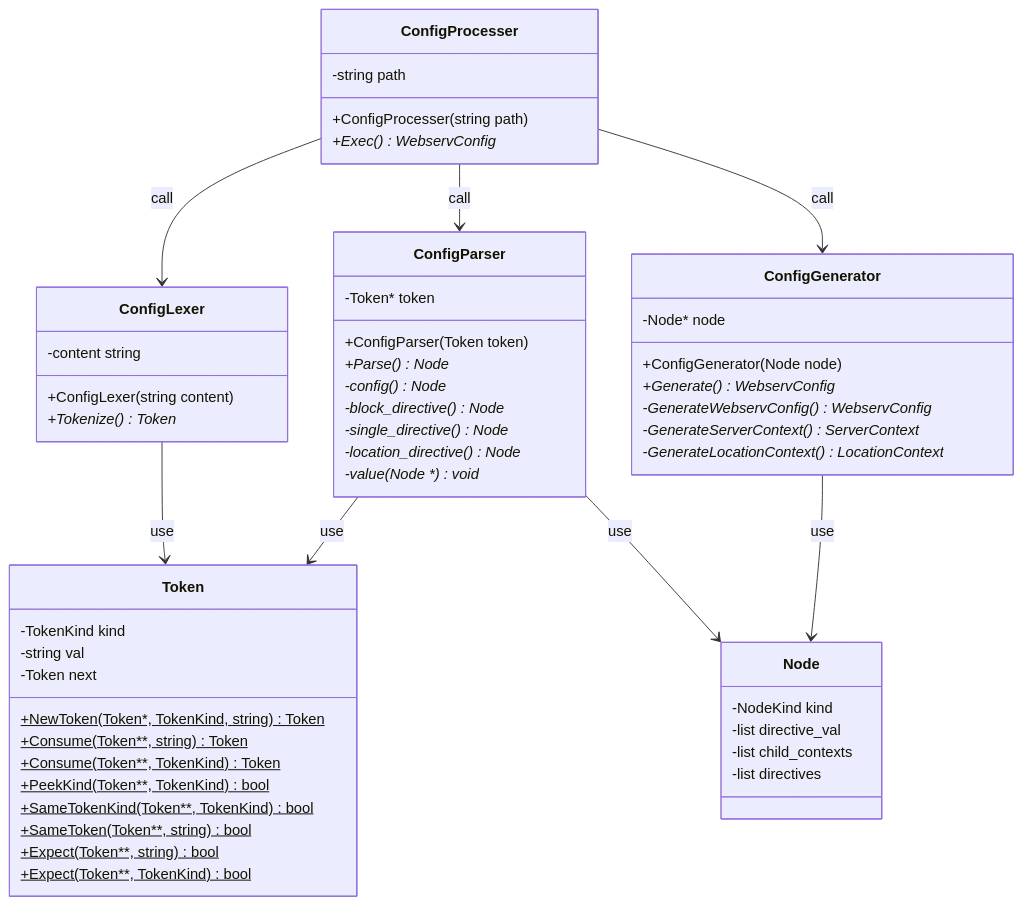
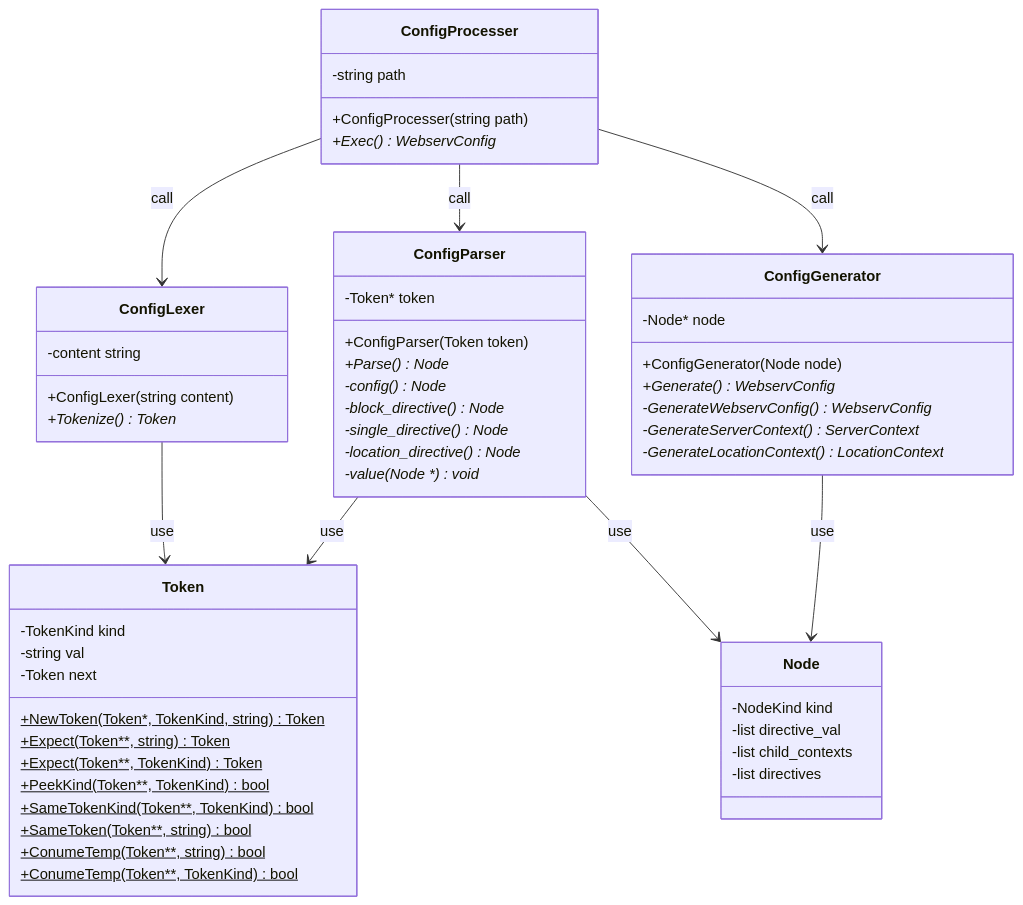
One commit to katataku/webserv changed the diagram in docs/class/config_parser_class.md. Above: the diagram before and after it, drawn with Mermaid. The commit also changed other lines of this file and 5 other files, not shown here.

````diff
--- a/docs/class/config_parser_class.md
+++ b/docs/class/config_parser_class.md
@@ -1,69 +1,69 @@
 ```mermaid
 classDiagram
     ConfigProcesser --> ConfigLexer : call
     ConfigProcesser --> ConfigParser : call
     ConfigProcesser --> ConfigGenerator : call
     ConfigLexer --> Token : use
     ConfigParser --> Token : use
     ConfigParser --> Node : use
     ConfigGenerator --> Node : use
 
     %% configファイルを解釈してWebservConfigを作成するところまでを担当 %%
     class ConfigProcesser {
       +ConfigProcesser(string path)
       +Exec()* WebservConfig
       -string path
     }
 
     %% configファイルの内容を字句解析するところまでを担当 %%
     class ConfigLexer {
       +ConfigLexer(string content)
       +Tokenize()* Token
       -content string
     }
 
     %% 軸解析後のトークンを構文解析するところまでを担当 %%
     class ConfigParser {
       +ConfigParser(Token token)
       +Parse()* Node
       -config()* Node
       -block_directive()* Node
       -single_directive()* Node
       -location_directive()* Node
       -value(Node *)* void
       -Token* token
     }
 
     %% 構文解析後のノードを元にWebservConfigを作成するところまでを担当 %%
     class ConfigGenerator {
       +ConfigGenerator(Node node)
       +Generate()* WebservConfig
       -GenerateWebservConfig()* WebservConfig
       -GenerateServerContext()* ServerContext
       -GenerateLocationContext()* LocationContext
       -Node* node
     }
 
     %% 字句解析後のトークンを表すクラス %%
     class Token {
         +NewToken(Token*, TokenKind, string)$ Token
-        +Consume(Token**, string)$ Token
-        +Consume(Token**, TokenKind)$ Token
+        +Expect(Token**, string)$ Token
+        +Expect(Token**, TokenKind)$ Token
         +PeekKind(Token**, TokenKind)$ bool
         +SameTokenKind(Token**, TokenKind)$ bool
         +SameToken(Token**, string)$ bool
-        +Expect(Token**, string)$ bool
-        +Expect(Token**, TokenKind)$ bool
+        +ConumeTemp(Token**, string)$ bool
+        +ConumeTemp(Token**, TokenKind)$ bool
         -TokenKind kind
         -string    val
         -Token     next
     }
 
     %% 構文解析後のノードを表すクラス %%
     class Node {
       -NodeKind     kind
       -list<string> directive_val
       -list<Node>   child_contexts
       -list<Node>   directives
     }
 ```
````
